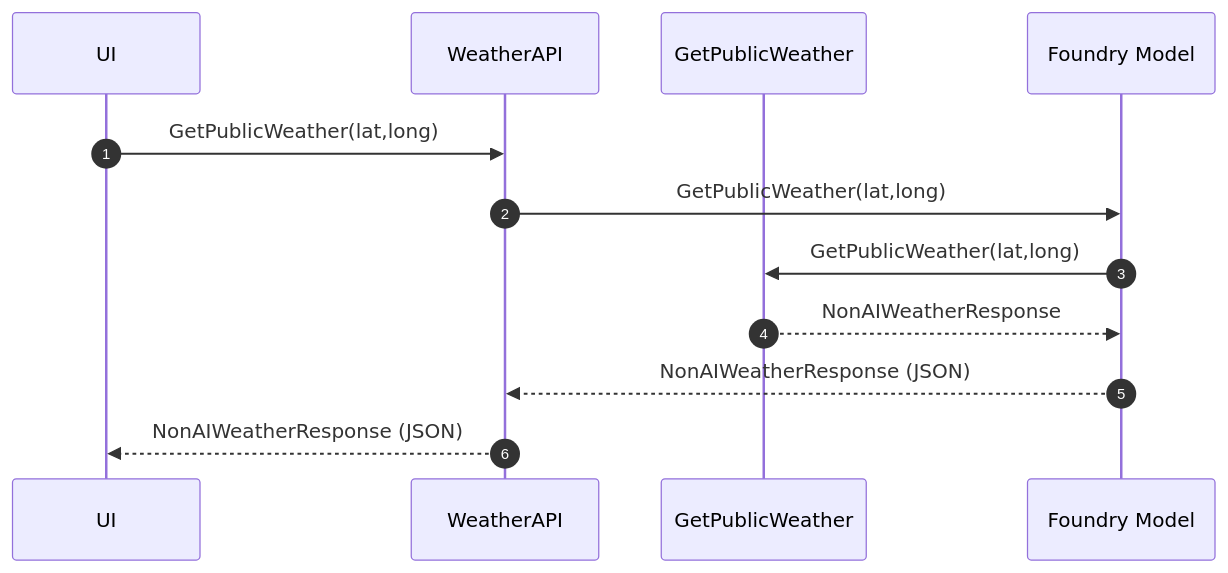
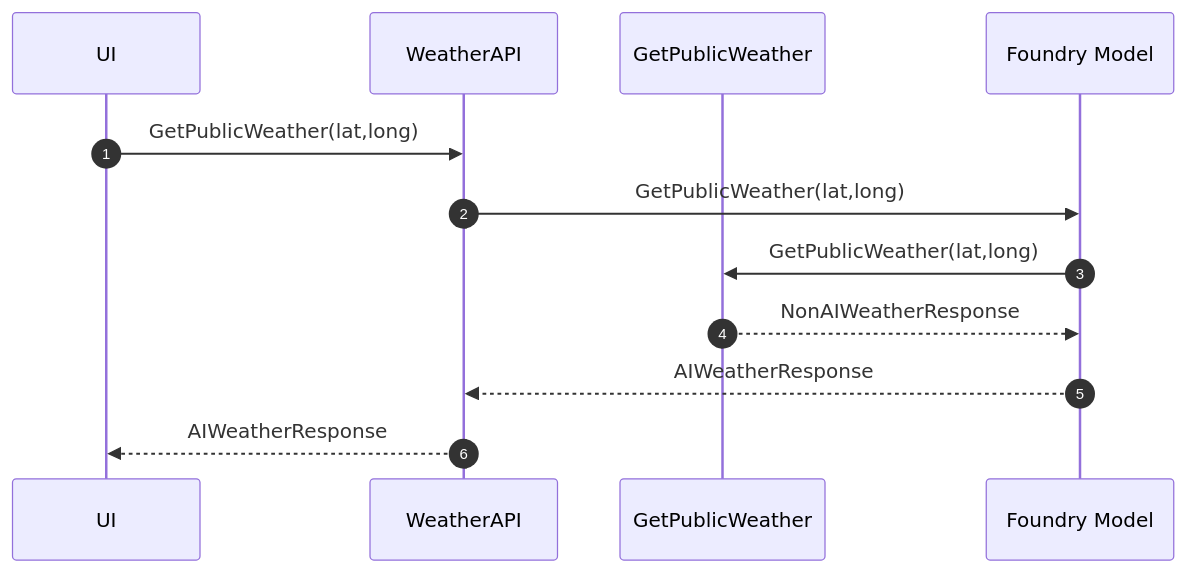
Before and after one commit to dustinkorzaan/weather-1116: the second of 4 diagrams in docs/3-foundry-mcp/agents-models-mcp.md, drawn with Mermaid.

Commit message:
V3 UI diagram: NonAIWeatherResponse at step 4, AIWeatherResponse at 5-6

````diff
--- a/docs/3-foundry-mcp/agents-models-mcp.md
+++ b/docs/3-foundry-mcp/agents-models-mcp.md
@@ -63,15 +63,15 @@
   ```mermaid
   sequenceDiagram
       autonumber
       participant UI
       participant API as WeatherAPI
       participant GetPublicWeather
       participant Model as Foundry Model
 
       UI->>API: GetPublicWeather(lat,long)
       API->>Model: GetPublicWeather(lat,long)
       Model->>GetPublicWeather: GetPublicWeather(lat,long)
       GetPublicWeather-->>Model: NonAIWeatherResponse
-      Model-->>API: NonAIWeatherResponse (JSON)
-      API-->>UI: NonAIWeatherResponse (JSON)
+      Model-->>API: AIWeatherResponse
+      API-->>UI: AIWeatherResponse
   ```
````
